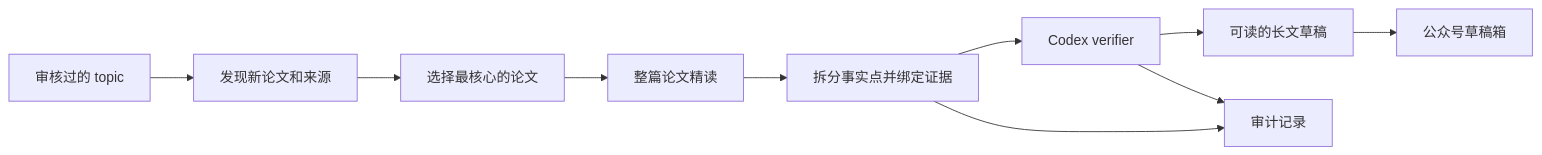
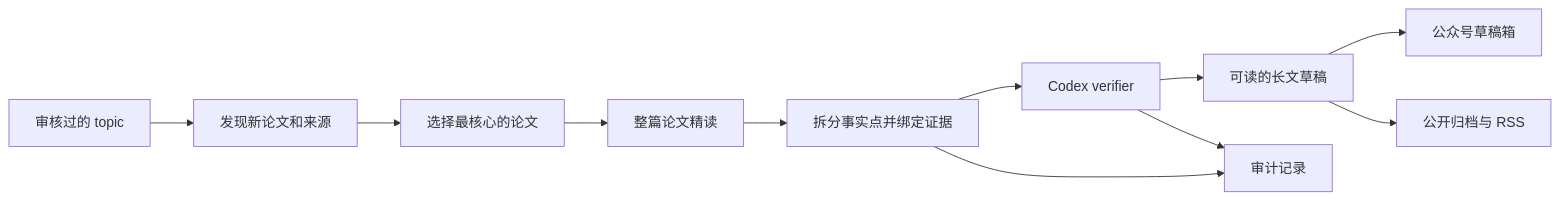
The diagram in README.zh-CN.md (SleepyLGod/research-radar), drawn with Mermaid before and after one commit. The commit also changed other lines of this file and 3 other files, not shown here.

````diff
--- a/README.zh-CN.md
+++ b/README.zh-CN.md
@@ -23,12 +24,13 @@
 ```mermaid
 flowchart LR
     A["审核过的 topic"] --> B["发现新论文和来源"]
     B --> C["选择最核心的论文"]
     C --> D["整篇论文精读"]
     D --> E["拆分事实点并绑定证据"]
     E --> F["Codex verifier"]
     F --> G["可读的长文草稿"]
     G --> H["公众号草稿箱"]
+    G --> J["公开归档与 RSS"]
     E --> I["审计记录"]
     F --> I
 ```
````
